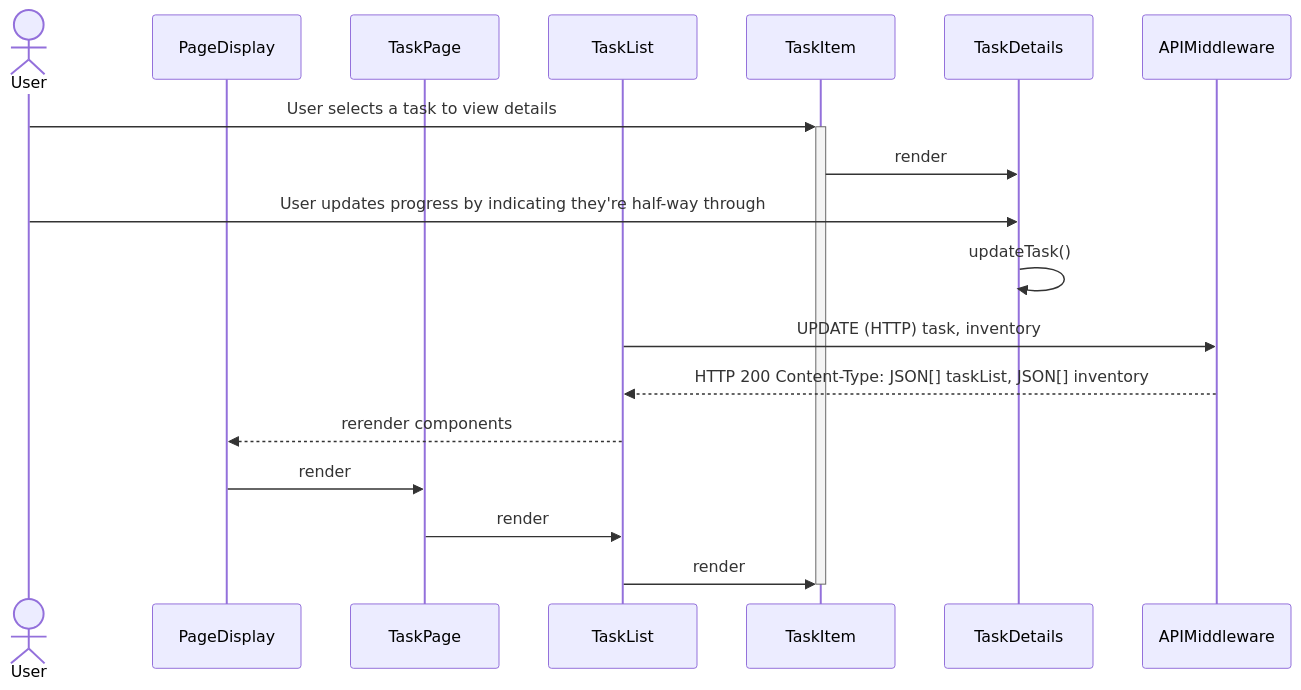
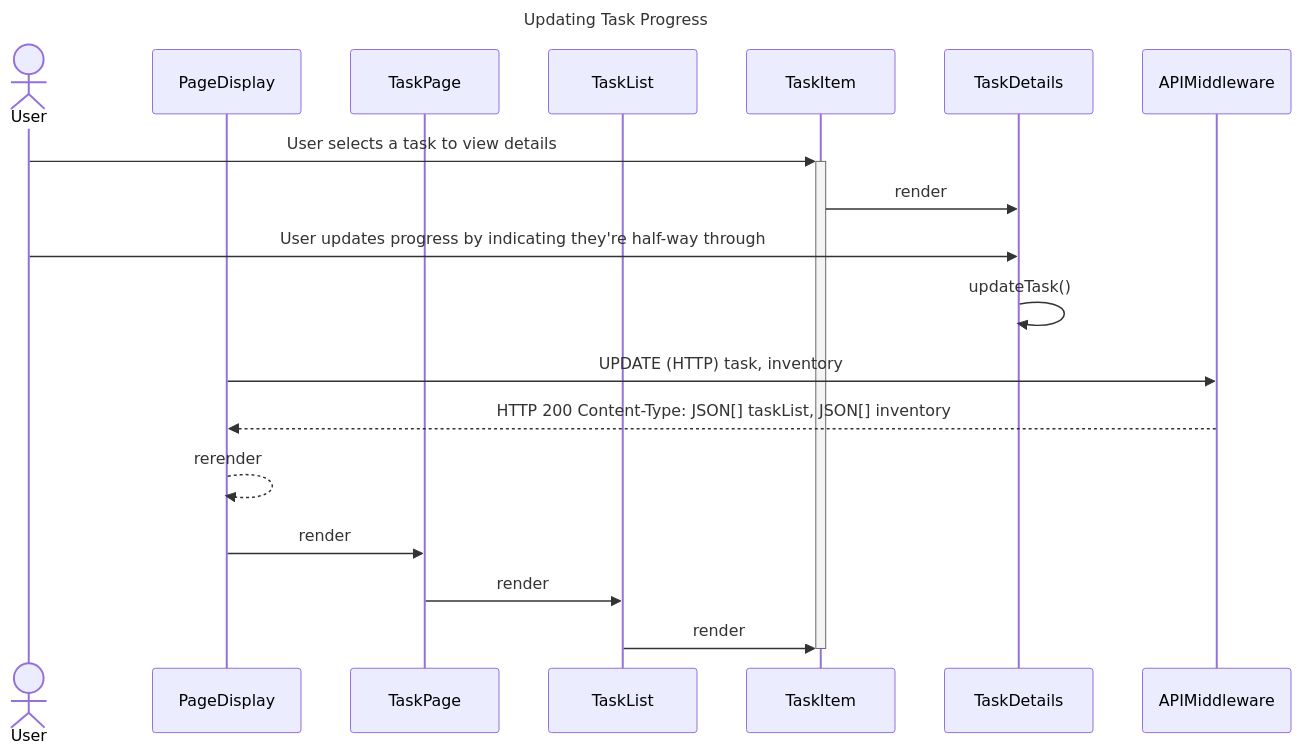
Before and after one commit to Capstone-Projects-2023-Spring/project-virtual-pet: the first of 2 diagrams in documentation/docs/system-architecture/sequence-diagrams.md, drawn with Mermaid.

````diff
--- a/documentation/docs/system-architecture/sequence-diagrams.md
+++ b/documentation/docs/system-architecture/sequence-diagrams.md
@@ -16,23 +16,24 @@
 ```mermaid
 sequenceDiagram
+    title Updating Task Progress
     actor User as User
     participant PageDisplay
     participant TaskPage
     participant TaskList
     participant TaskItem
     participant TaskDetails
     participant APIMiddleware
     
     User->>+TaskItem: User selects a task to view details
     TaskItem->>TaskDetails: render
     User->>TaskDetails: User updates progress by indicating they're half-way through
     TaskDetails->>TaskDetails: updateTask()
     %% Note over TaskDetails 
-    TaskList->>APIMiddleware: UPDATE (HTTP) task, inventory
-    APIMiddleware-->>TaskList: HTTP 200 Content-Type: JSON[] taskList, JSON[] inventory
-    TaskList-->>PageDisplay: rerender components 
+    PageDisplay->>APIMiddleware: UPDATE (HTTP) task, inventory
+    APIMiddleware-->>PageDisplay: HTTP 200 Content-Type: JSON[] taskList, JSON[] inventory
+    PageDisplay-->>PageDisplay: rerender
     PageDisplay->>TaskPage: render
     TaskPage->>TaskList: render
     TaskList->>TaskItem: render
     deactivate TaskItem
 ```
````
